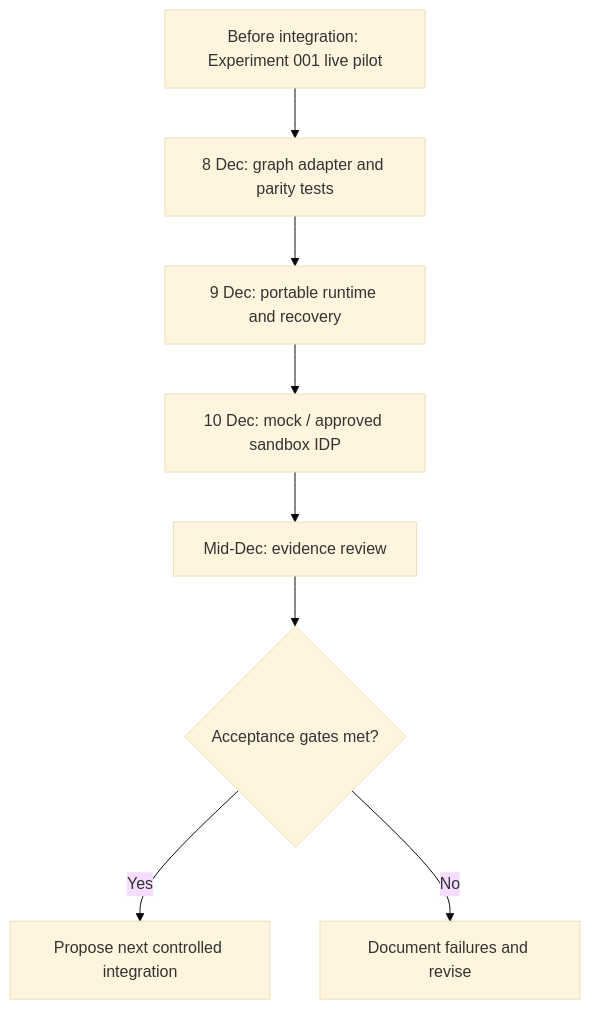
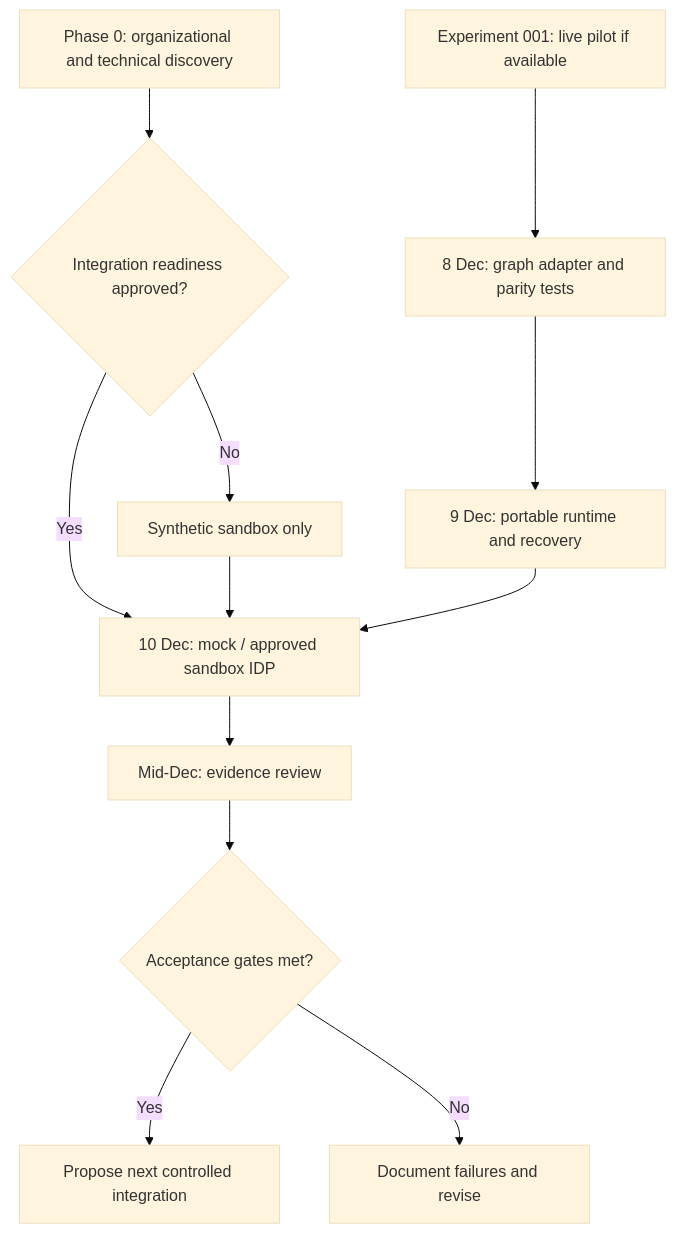
The third of 3 diagrams in docs/wiki/Mid-December-2026-Integration-Test-Intent.md (edh-project/edh-adr-preflight), drawn with Mermaid (base theme) before and after one commit. The commit also changed other lines of this file and 2 other files, not shown here.

Commit message:
Add Phase 0 discovery protocol and integration readiness gate

````diff
--- a/docs/wiki/Mid-December-2026-Integration-Test-Intent.md
+++ b/docs/wiki/Mid-December-2026-Integration-Test-Intent.md
@@ -96,10 +103,14 @@
 ```mermaid
 flowchart TD
-  B["Before integration: Experiment 001 live pilot"] --> D8["8 Dec: graph adapter and parity tests"]
+  B["Experiment 001: live pilot if available"] --> D8["8 Dec: graph adapter and parity tests"]
+  D0["Phase 0: organizational and technical discovery"] --> R0{"Integration readiness approved?"}
+  R0 -->|"Yes"| D10
+  R0 -->|"No"| MOCK["Synthetic sandbox only"]
+  MOCK --> D10
   D8 --> D9["9 Dec: portable runtime and recovery"]
   D9 --> D10["10 Dec: mock / approved sandbox IDP"]
   D10 --> MD["Mid-Dec: evidence review"]
   MD --> Q{"Acceptance gates met?"}
   Q -->|"Yes"| N["Propose next controlled integration"]
   Q -->|"No"| F["Document failures and revise"]
 ```
````
